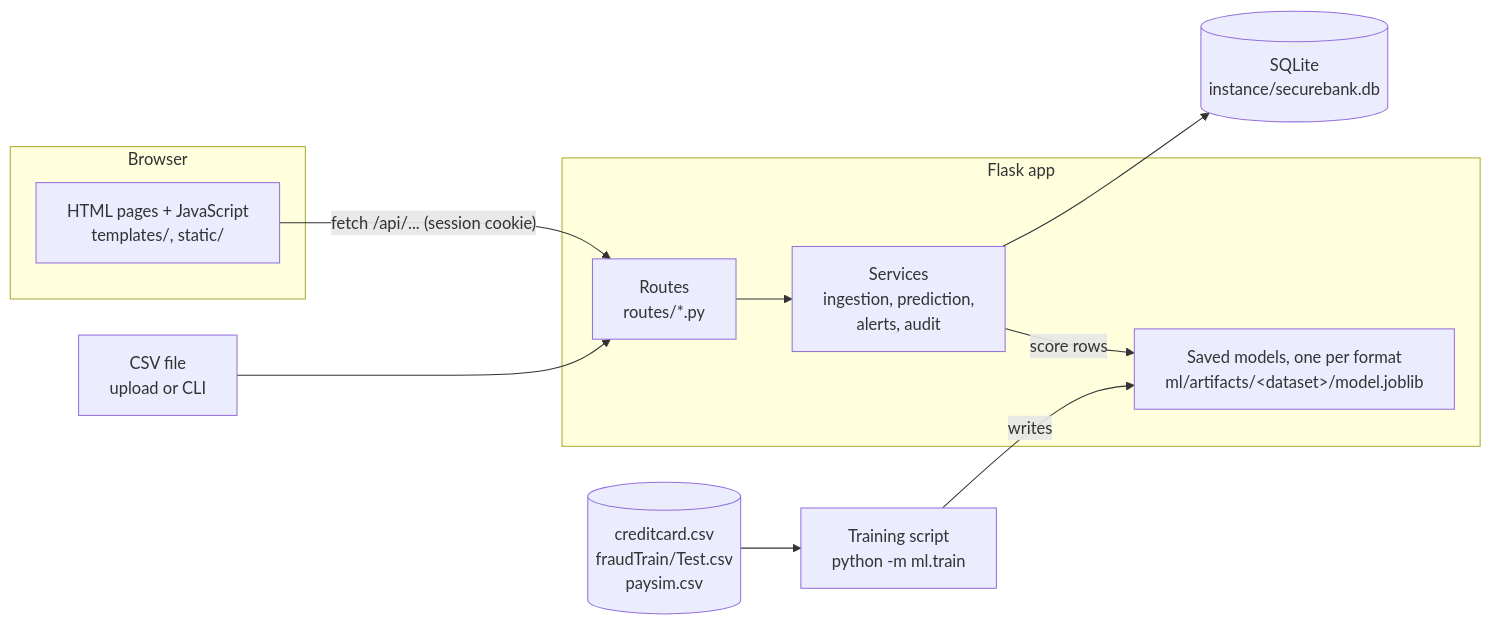
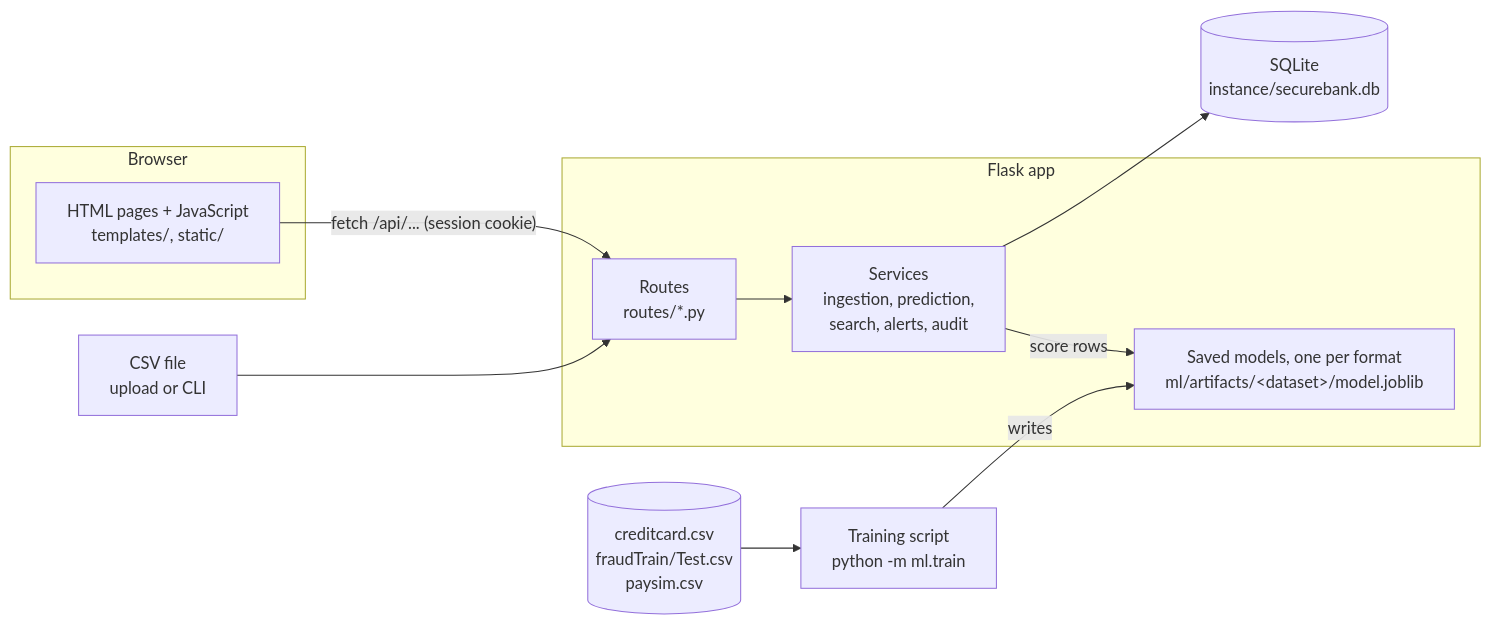
Before and after one commit to Im-manojkumar/Secure-Bank: the first of 3 diagrams in docs/ARCHITECTURE.md, drawn with Mermaid. The commit also changed other lines of this file and 25 other files, not shown here.

````diff
--- a/docs/ARCHITECTURE.md
+++ b/docs/ARCHITECTURE.md
@@ -7,24 +7,24 @@
 ```mermaid
 flowchart LR
     subgraph Browser
         P[HTML pages + JavaScript<br/>templates/, static/]
     end
 
     subgraph Flask app
         R[Routes<br/>routes/*.py]
-        S[Services<br/>ingestion, prediction,<br/>alerts, audit]
+        S[Services<br/>ingestion, prediction,<br/>search, alerts, audit]
         M[Saved models, one per format<br/>ml/artifacts/&lt;dataset&gt;/model.joblib]
     end
 
     D[(SQLite<br/>instance/securebank.db)]
     CSV[CSV file<br/>upload or CLI]
     T[Training script<br/>python -m ml.train]
     K[(creditcard.csv<br/>fraudTrain/Test.csv<br/>paysim.csv)]
 
     P -- "fetch /api/... (session cookie)" --> R
     R --> S
     S --> D
     S -- score rows --> M
     CSV --> R
     K --> T -- writes --> M
 ```
````
